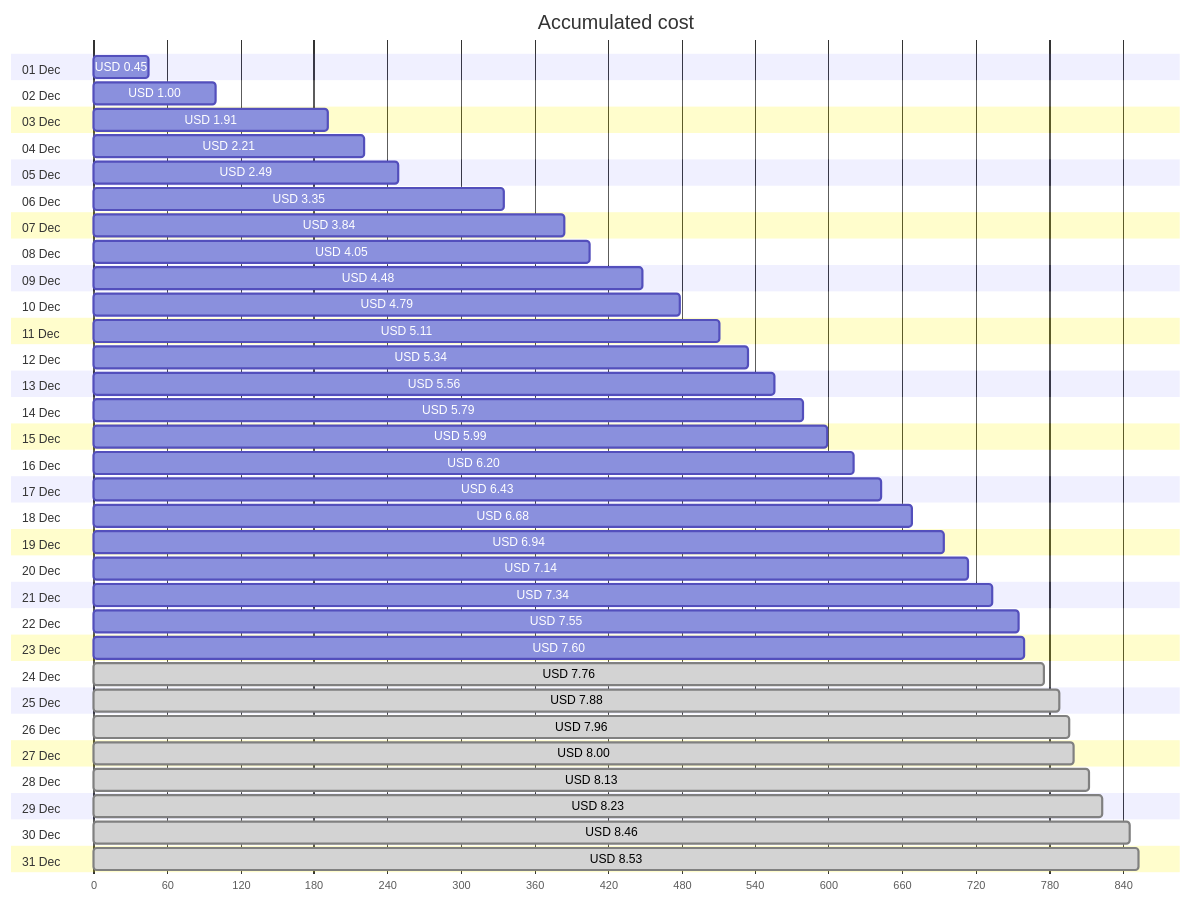
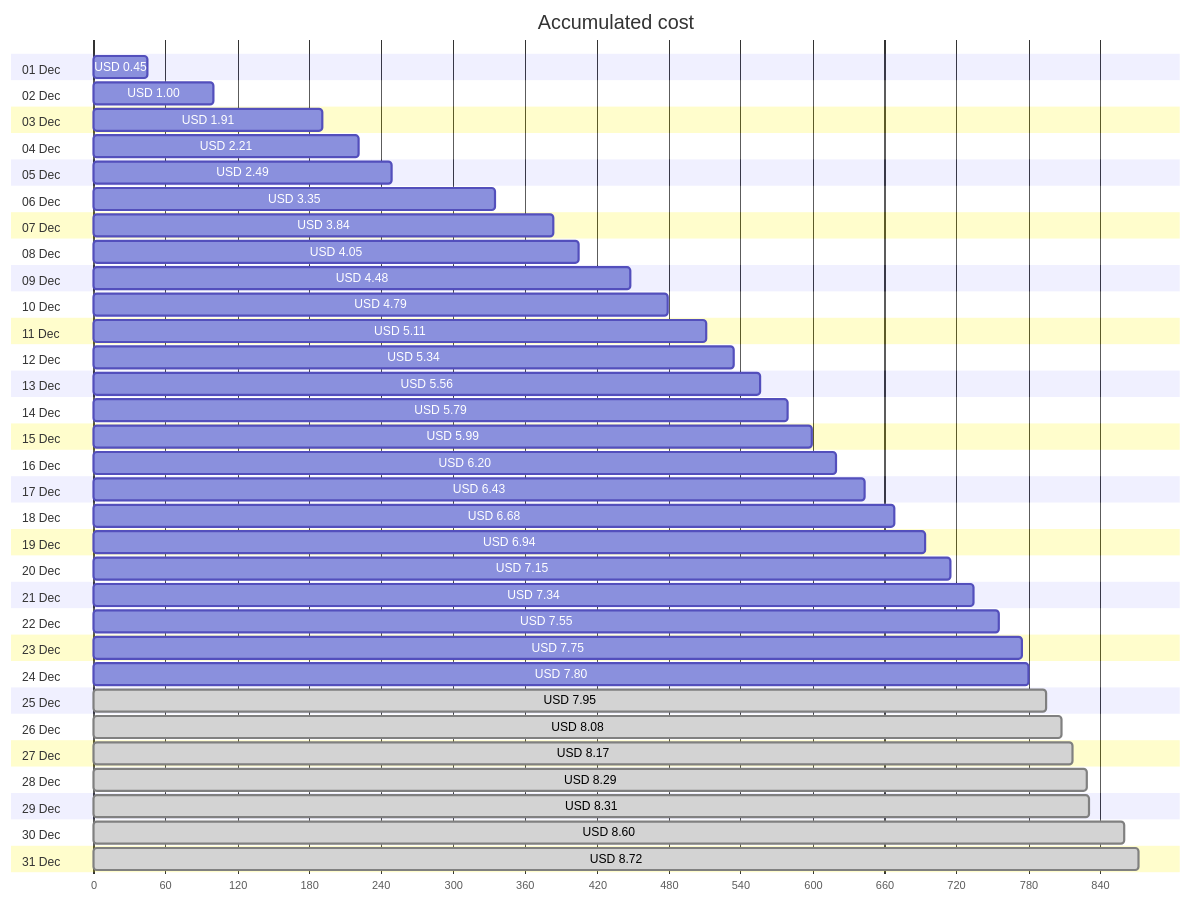
Before and after one commit to jpfulton/azure-personal-reports: the first of 4 diagrams in cost-reports/personal-network/vpn-server.md, drawn with Mermaid. The commit also changed other lines of this file and 8 other files, not shown here.

````diff
--- a/cost-reports/personal-network/vpn-server.md
+++ b/cost-reports/personal-network/vpn-server.md
@@ -20,68 +20,68 @@
 ```mermaid
 gantt
    title Accumulated cost
    dateFormat  X
    axisFormat %s
    section 01 Dec
    USD 0.45 :0, 45
    section 02 Dec
    USD 1.00 :0, 100
    section 03 Dec
    USD 1.91 :0, 191
    section 04 Dec
    USD 2.21 :0, 221
    section 05 Dec
    USD 2.49 :0, 249
    section 06 Dec
    USD 3.35 :0, 335
    section 07 Dec
    USD 3.84 :0, 384
    section 08 Dec
    USD 4.05 :0, 405
    section 09 Dec
    USD 4.48 :0, 448
    section 10 Dec
    USD 4.79 :0, 479
    section 11 Dec
    USD 5.11 :0, 511
    section 12 Dec
    USD 5.34 :0, 534
    section 13 Dec
    USD 5.56 :0, 556
    section 14 Dec
    USD 5.79 :0, 579
    section 15 Dec
    USD 5.99 :0, 599
    section 16 Dec
    USD 6.20 :0, 620
    section 17 Dec
    USD 6.43 :0, 643
    section 18 Dec
    USD 6.68 :0, 668
    section 19 Dec
    USD 6.94 :0, 694
    section 20 Dec
-   USD 7.14 :0, 714
+   USD 7.15 :0, 715
    section 21 Dec
    USD 7.34 :0, 734
    section 22 Dec
    USD 7.55 :0, 755
    section 23 Dec
-   USD 7.60 :0, 760
+   USD 7.75 :0, 775
    section 24 Dec
-   USD 7.76 : done, 0, 776
+   USD 7.80 :0, 780
    section 25 Dec
-   USD 7.88 : done, 0, 788
+   USD 7.95 : done, 0, 795
    section 26 Dec
-   USD 7.96 : done, 0, 796
+   USD 8.08 : done, 0, 808
    section 27 Dec
-   USD 8.00 : done, 0, 800
+   USD 8.17 : done, 0, 817
    section 28 Dec
-   USD 8.13 : done, 0, 813
+   USD 8.29 : done, 0, 829
    section 29 Dec
-   USD 8.23 : done, 0, 823
+   USD 8.31 : done, 0, 831
    section 30 Dec
-   USD 8.46 : done, 0, 846
+   USD 8.60 : done, 0, 860
    section 31 Dec
-   USD 8.53 : done, 0, 853
+   USD 8.72 : done, 0, 872
 ```
````
